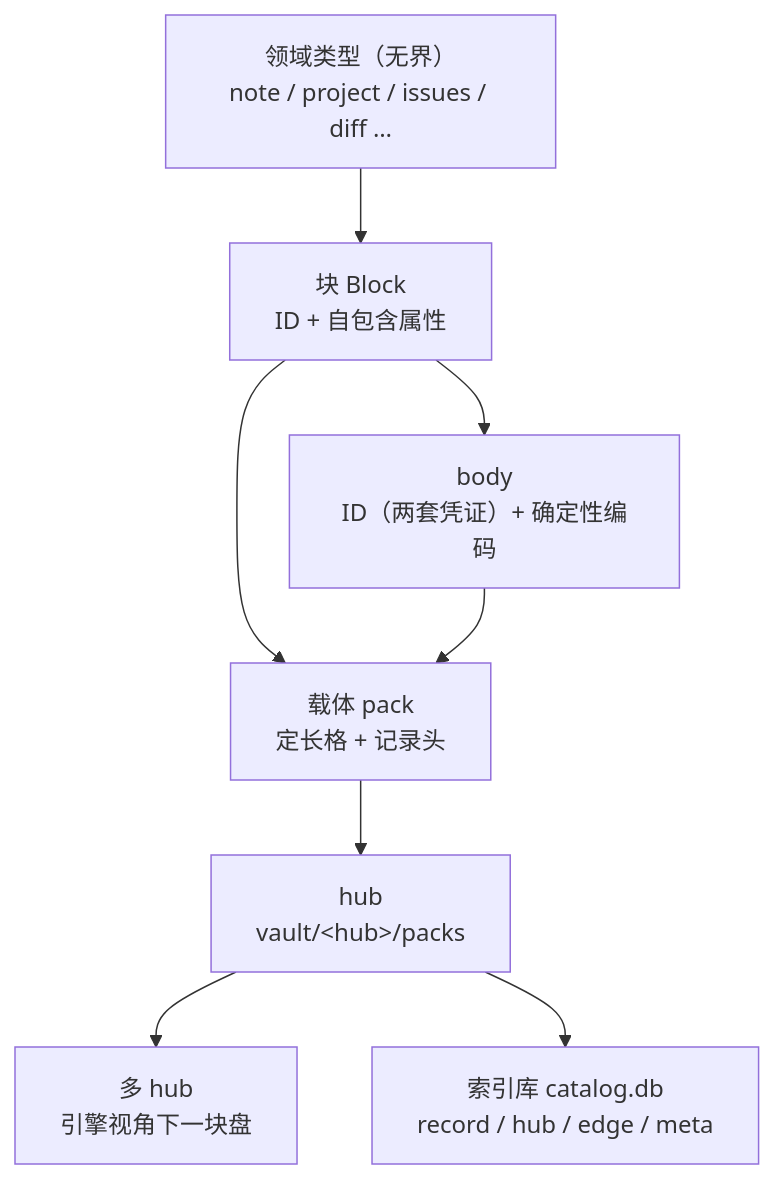
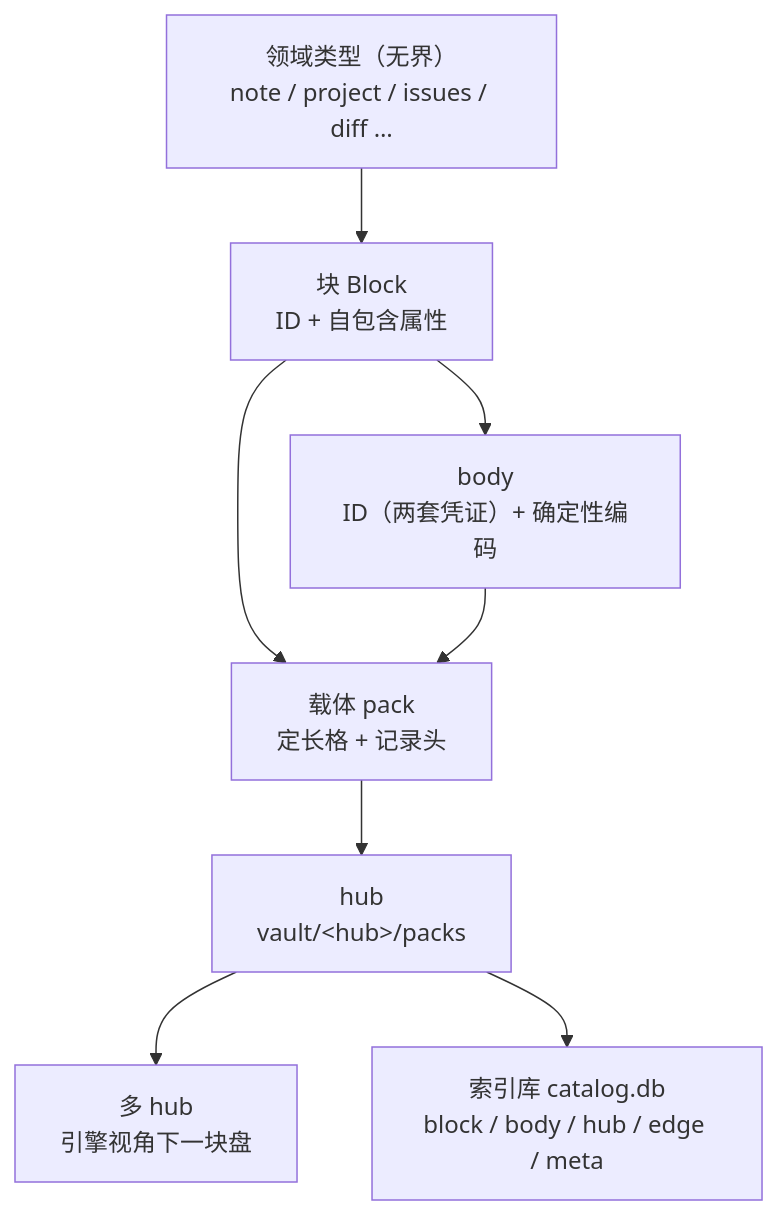
Before and after one commit to HanYang06/Cairn: the diagram in docs/architecture/storage-design.md, drawn with Mermaid. The commit also changed other lines of this file and 12 other files, not shown here.

````diff
--- a/docs/architecture/storage-design.md
+++ b/docs/architecture/storage-design.md
@@ -57,11 +59,11 @@
 ```mermaid
 graph TD
     T["领域类型（无界）<br/>note / project / issues / diff …"]
     T --> B["块 Block<br/>ID + 自包含属性"]
     B --> BD["body<br/>ID（两套凭证）+ 确定性编码"]
     B --> P["载体 pack<br/>定长格 + 记录头"]
     BD --> P
     P --> K["hub<br/>vault/&lt;hub&gt;/packs"]
     K --> M["多 hub<br/>引擎视角下一块盘"]
-    K --> I["索引库 catalog.db<br/>record / hub / edge / meta"]
+    K --> I["索引库 catalog.db<br/>block / body / hub / edge / meta"]
 ```
````
